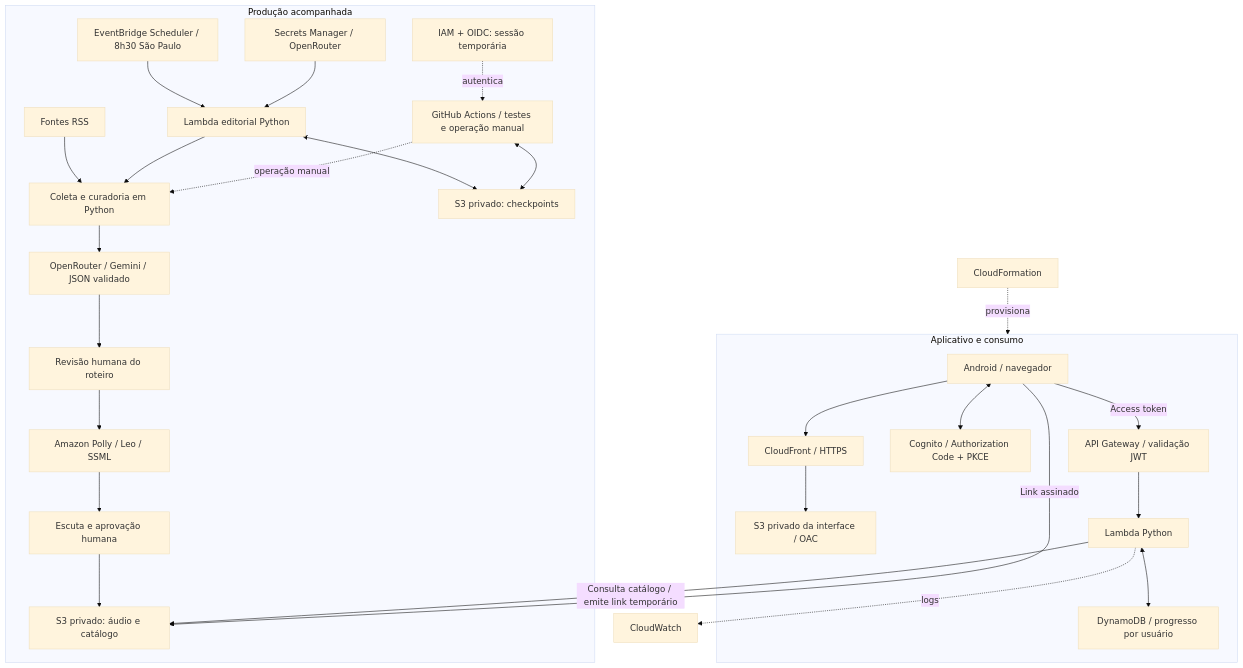
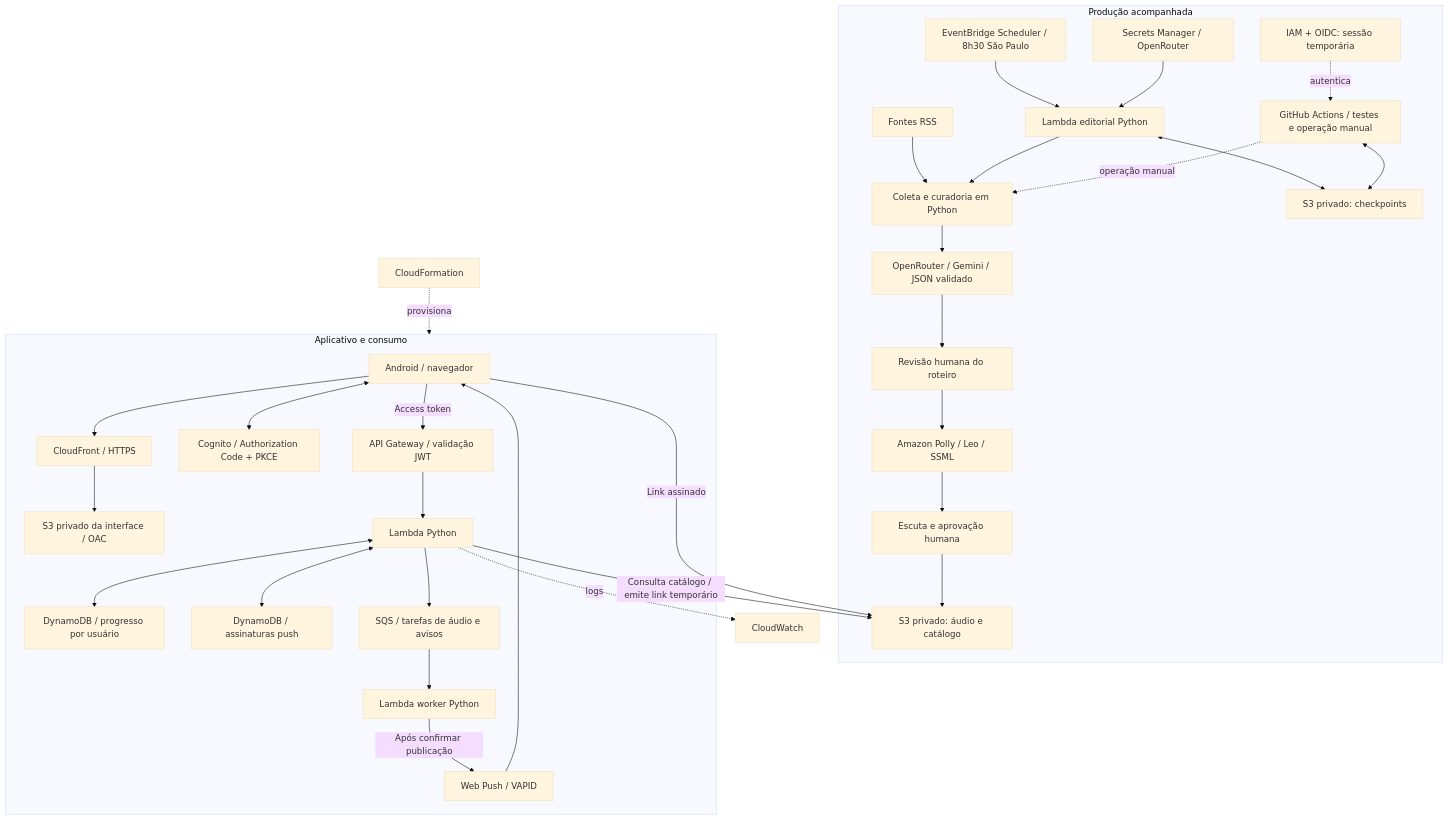
The diagram in README.md (jjsjunior3/radar-ia), drawn with Mermaid (base theme) before and after one commit. The commit also changed other lines of this file and 18 other files, not shown here.

````diff
--- a/README.md
+++ b/README.md
@@ -37,32 +37,37 @@
 ```mermaid
 flowchart TB
     subgraph PROD[Produção acompanhada]
         SCHED[EventBridge Scheduler / 8h30 São Paulo]
         EDIT[Lambda editorial Python]
         GH[GitHub Actions / testes e operação manual]
         RSS[Fontes RSS] --> COLETA[Coleta e curadoria em Python]
         SCHED --> EDIT --> COLETA
         GH -. operação manual .-> COLETA
         COLETA --> LLM[OpenRouter / Gemini / JSON validado]
         LLM --> R1[Revisão humana do roteiro]
         R1 --> POLLY[Amazon Polly / Leo / SSML]
         POLLY --> R2[Escuta e aprovação humana]
         R2 --> AUDIO[S3 privado: áudio e catálogo]
         EDIT <--> STATE[S3 privado: checkpoints]
         SECRET[Secrets Manager / OpenRouter] --> EDIT
         GH <--> STATE
         OIDC[IAM + OIDC: sessão temporária] -. autentica .-> GH
     end
     subgraph APP[Aplicativo e consumo]
         CLIENT[Android / navegador] --> CDN[CloudFront / HTTPS]
         CDN --> WEB[S3 privado da interface / OAC]
         CLIENT <--> COG[Cognito / Authorization Code + PKCE]
         CLIENT -->|Access token| API[API Gateway / validação JWT]
         API --> FN[Lambda Python]
         FN <--> DDB[DynamoDB / progresso por usuário]
+        FN <--> SUBS[DynamoDB / assinaturas push]
+        FN --> QUEUE[SQS / tarefas de áudio e avisos]
+        QUEUE --> WORK[Lambda worker Python]
+        WORK -->|Após confirmar publicação| PUSH[Web Push / VAPID]
+        PUSH --> CLIENT
         FN -->|Consulta catálogo / emite link temporário| AUDIO
         CLIENT -->|Link assinado| AUDIO
     end
     CFN[CloudFormation] -. provisiona .-> APP
     FN -. logs .-> LOG[CloudWatch]
 ```
````
